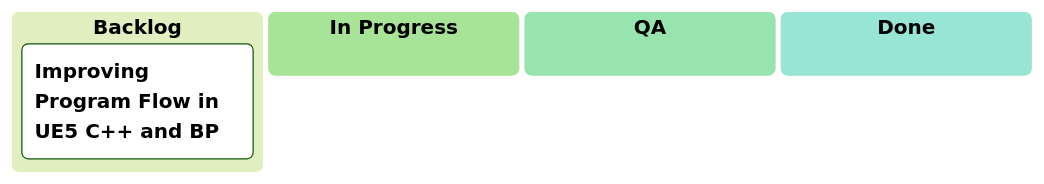
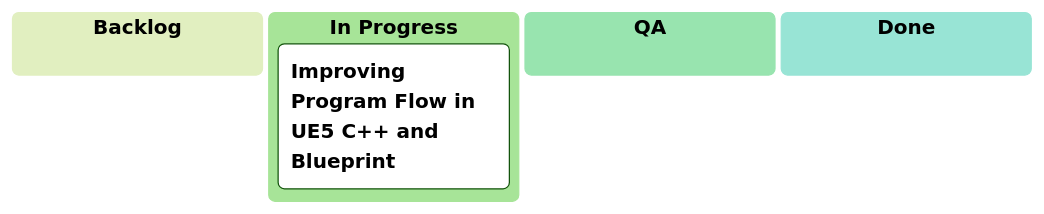
The diagram in kanban.md (mugenmelon/mugenmelon.github.io), drawn with Mermaid (forest theme) before and after one commit.

```diff
--- a/kanban.md
+++ b/kanban.md
@@ -12,8 +12,8 @@
 <pre class="mermaid">
 kanban
     ["`**Backlog**`"]
-        ["`**Improving Program Flow in UE5 C++ and BP**`"]
     ["`**In Progress**`"]
+        ["`**Improving Program Flow in UE5 C++ and Blueprint**`"]
     ["`**QA**`"]
     ["`**Done**`"]
 </pre>
```
